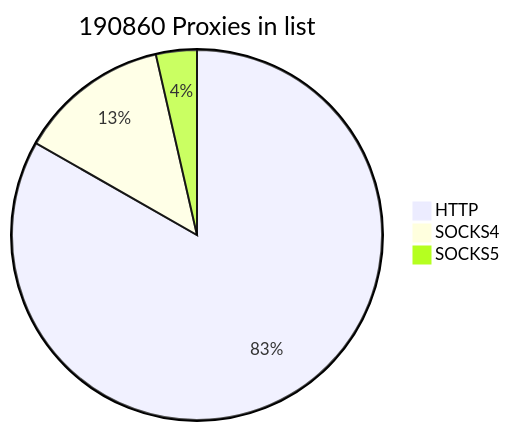
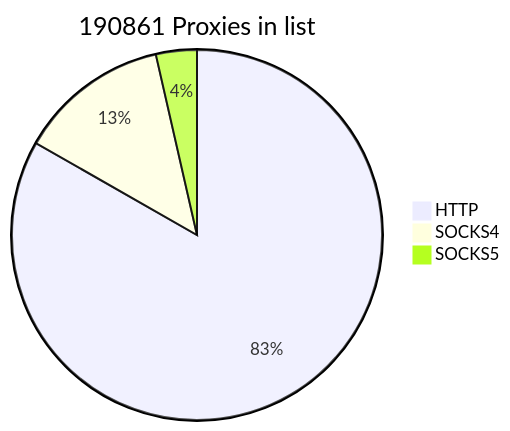
The first of 2 diagrams in README.md (cutipu/proxylist), drawn with Mermaid before and after one commit.

````diff
--- a/README.md
+++ b/README.md
@@ -2,7 +2,7 @@
 ```mermaid
-pie title 190860 Proxies in list
+pie title 190861 Proxies in list
     "HTTP" : 158898
-    "SOCKS4" : 25151
+    "SOCKS4" : 25152
     "SOCKS5" : 6811
             
 ```
````
